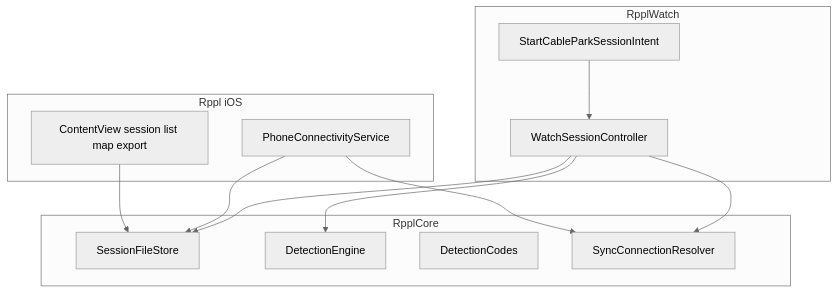
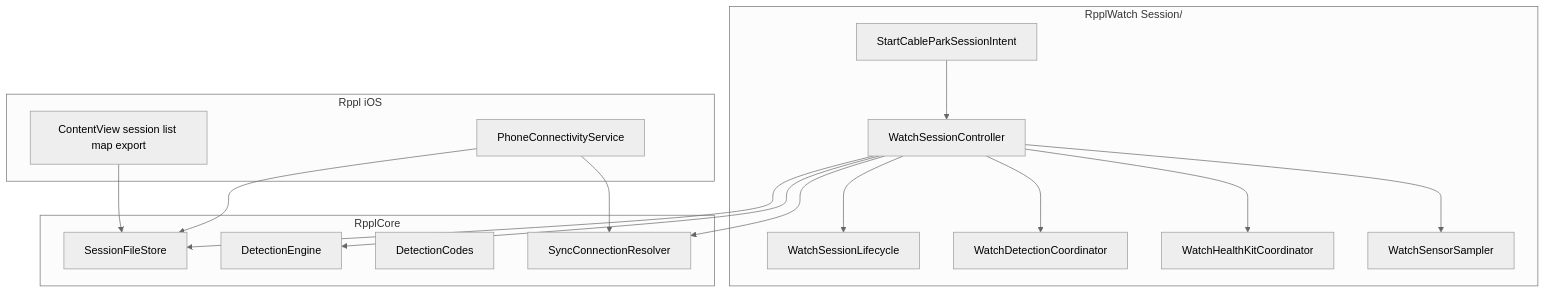
One commit to DCSBL/rppl changed the first of 2 diagrams in Docs/DESIGN.md. Above: the diagram before and after it, drawn with Mermaid (neutral theme). The commit also changed 1 other file, not shown here.

Commit message:
docs: update DESIGN for Core folders and Watch coordinators
Document RpplCore source subfolders, SessionLoader/StoreIO, and the
WatchSessionController coordinator split in system design docs.

````diff
--- a/Docs/DESIGN.md
+++ b/Docs/DESIGN.md
@@ -7,27 +7,35 @@
 ```mermaid
 flowchart TB
-  subgraph watch [RpplWatch]
+  subgraph watch [RpplWatch Session/]
     WSC[WatchSessionController]
+    Life[WatchSessionLifecycle]
+    Det[WatchDetectionCoordinator]
+    HK[WatchHealthKitCoordinator]
+    Sens[WatchSensorSampler]
     Intent[StartCableParkSessionIntent]
+    WSC --> Life
+    WSC --> Det
+    WSC --> HK
+    WSC --> Sens
   end
 
   subgraph core [RpplCore]
     Store[SessionFileStore]
     Engine[DetectionEngine]
     Codes[DetectionCodes]
     SyncRes[SyncConnectionResolver]
   end
 
   subgraph phone [Rppl iOS]
     PCS[PhoneConnectivityService]
     UI[ContentView session list map export]
   end
 
   WSC --> Engine
   WSC --> Store
   Intent --> WSC
   PCS --> Store
   UI --> Store
   WSC --> SyncRes
   PCS --> SyncRes
 ```
````
